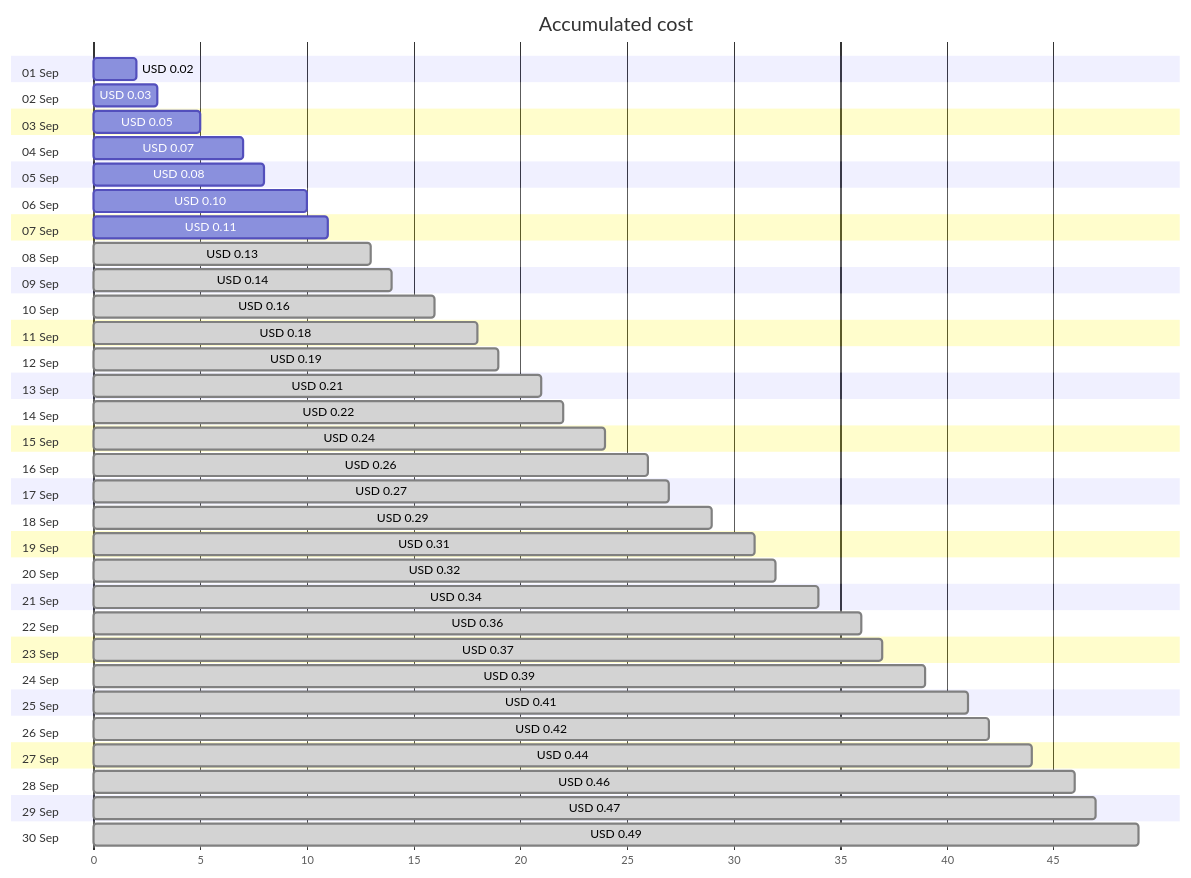
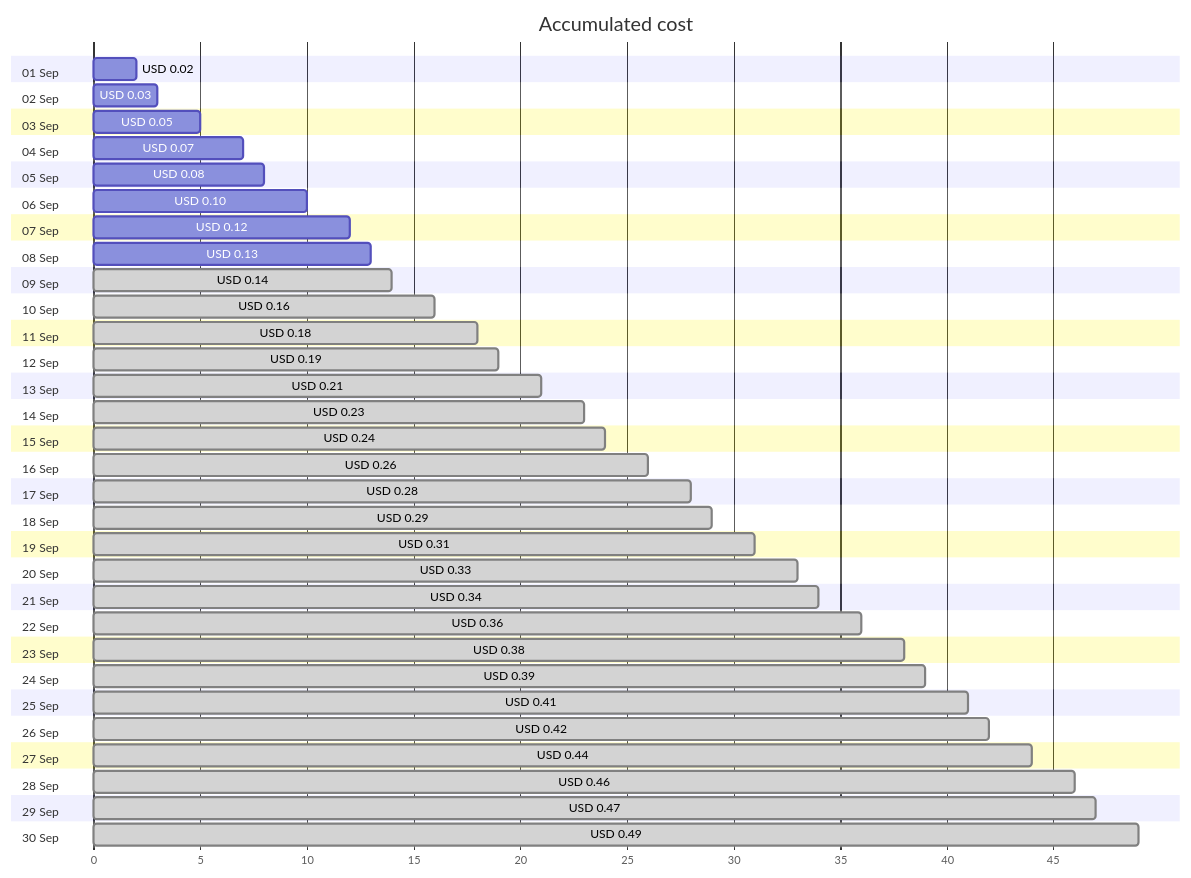
The first of 4 diagrams in cost-reports/personal-dns/jpatrickfulton.dev.md (jpfulton/azure-personal-reports), drawn with Mermaid before and after one commit. The commit also changed other lines of this file and 2 other files, not shown here.

````diff
--- a/cost-reports/personal-dns/jpatrickfulton.dev.md
+++ b/cost-reports/personal-dns/jpatrickfulton.dev.md
@@ -20,66 +20,66 @@
 ```mermaid
 gantt
    title Accumulated cost
    dateFormat  X
    axisFormat %s
    section 01 Sep
    USD 0.02 :0, 2
    section 02 Sep
    USD 0.03 :0, 3
    section 03 Sep
    USD 0.05 :0, 5
    section 04 Sep
    USD 0.07 :0, 7
    section 05 Sep
    USD 0.08 :0, 8
    section 06 Sep
    USD 0.10 :0, 10
    section 07 Sep
-   USD 0.11 :0, 11
+   USD 0.12 :0, 12
    section 08 Sep
-   USD 0.13 : done, 0, 13
+   USD 0.13 :0, 13
    section 09 Sep
    USD 0.14 : done, 0, 14
    section 10 Sep
    USD 0.16 : done, 0, 16
    section 11 Sep
    USD 0.18 : done, 0, 18
    section 12 Sep
    USD 0.19 : done, 0, 19
    section 13 Sep
    USD 0.21 : done, 0, 21
    section 14 Sep
-   USD 0.22 : done, 0, 22
+   USD 0.23 : done, 0, 23
    section 15 Sep
    USD 0.24 : done, 0, 24
    section 16 Sep
    USD 0.26 : done, 0, 26
    section 17 Sep
-   USD 0.27 : done, 0, 27
+   USD 0.28 : done, 0, 28
    section 18 Sep
    USD 0.29 : done, 0, 29
    section 19 Sep
    USD 0.31 : done, 0, 31
    section 20 Sep
-   USD 0.32 : done, 0, 32
+   USD 0.33 : done, 0, 33
    section 21 Sep
    USD 0.34 : done, 0, 34
    section 22 Sep
    USD 0.36 : done, 0, 36
    section 23 Sep
-   USD 0.37 : done, 0, 37
+   USD 0.38 : done, 0, 38
    section 24 Sep
    USD 0.39 : done, 0, 39
    section 25 Sep
    USD 0.41 : done, 0, 41
    section 26 Sep
    USD 0.42 : done, 0, 42
    section 27 Sep
    USD 0.44 : done, 0, 44
    section 28 Sep
    USD 0.46 : done, 0, 46
    section 29 Sep
    USD 0.47 : done, 0, 47
    section 30 Sep
    USD 0.49 : done, 0, 49
 ```
````
